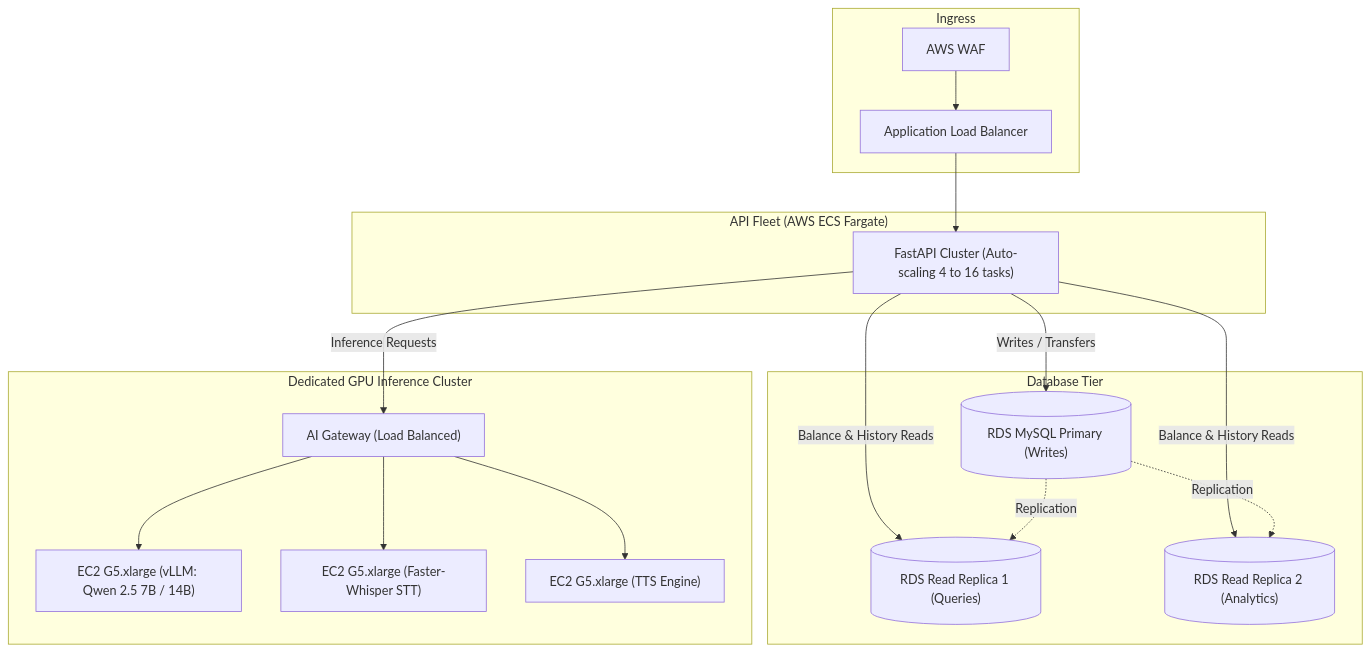
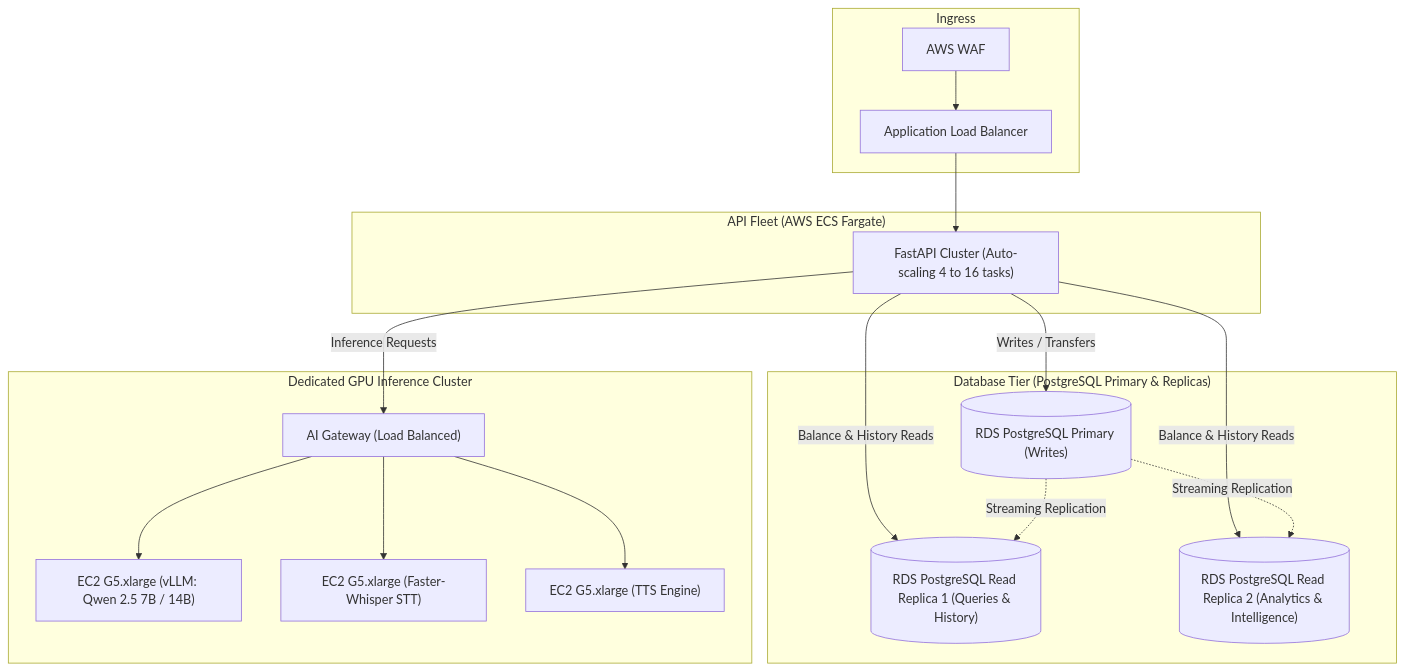
One commit to bikash-20/ML-fraud-detection-ai-fintech-platform changed the fourth of 7 diagrams in docs/SCALING_ARCHITECTURE.md. Above: the diagram before and after it, drawn with Mermaid. The commit also changed other lines of this file and 1 other file, not shown here.

Commit message:
docs(scaling): replace MySQL with PostgreSQL as primary production database strategy

````diff
--- a/docs/SCALING_ARCHITECTURE.md
+++ b/docs/SCALING_ARCHITECTURE.md
@@ -201,31 +201,31 @@
 ```mermaid
 flowchart TD
     subgraph Ingress["Ingress"]
         WAF["AWS WAF"]
         ALB["Application Load Balancer"]
     end
 
     subgraph WebCluster["API Fleet (AWS ECS Fargate)"]
         API["FastAPI Cluster (Auto-scaling 4 to 16 tasks)"]
     end
 
-    subgraph DBCluster["Database Tier"]
-        RDS_W[("RDS MySQL Primary (Writes)")]
-        RDS_R1[("RDS Read Replica 1 (Queries)")]
-        RDS_R2[("RDS Read Replica 2 (Analytics)")]
+    subgraph DBCluster["Database Tier (PostgreSQL Primary & Replicas)"]
+        RDS_W[("RDS PostgreSQL Primary (Writes)")]
+        RDS_R1[("RDS PostgreSQL Read Replica 1 (Queries & History)")]
+        RDS_R2[("RDS PostgreSQL Read Replica 2 (Analytics & Intelligence)")]
     end
 
     subgraph GPUCluster["Dedicated GPU Inference Cluster"]
         AIGateway["AI Gateway (Load Balanced)"]
         GPU1["EC2 G5.xlarge (vLLM: Qwen 2.5 7B / 14B)"]
         GPU2["EC2 G5.xlarge (Faster-Whisper STT)"]
         GPU3["EC2 G5.xlarge (TTS Engine)"]
     end
 
     WAF --> ALB --> API
     API -->|Writes / Transfers| RDS_W
     API -->|Balance & History Reads| RDS_R1 & RDS_R2
-    RDS_W -.->|Replication| RDS_R1 & RDS_R2
+    RDS_W -.->|Streaming Replication| RDS_R1 & RDS_R2
     API -->|Inference Requests| AIGateway
     AIGateway --> GPU1 & GPU2 & GPU3
 ```
````
